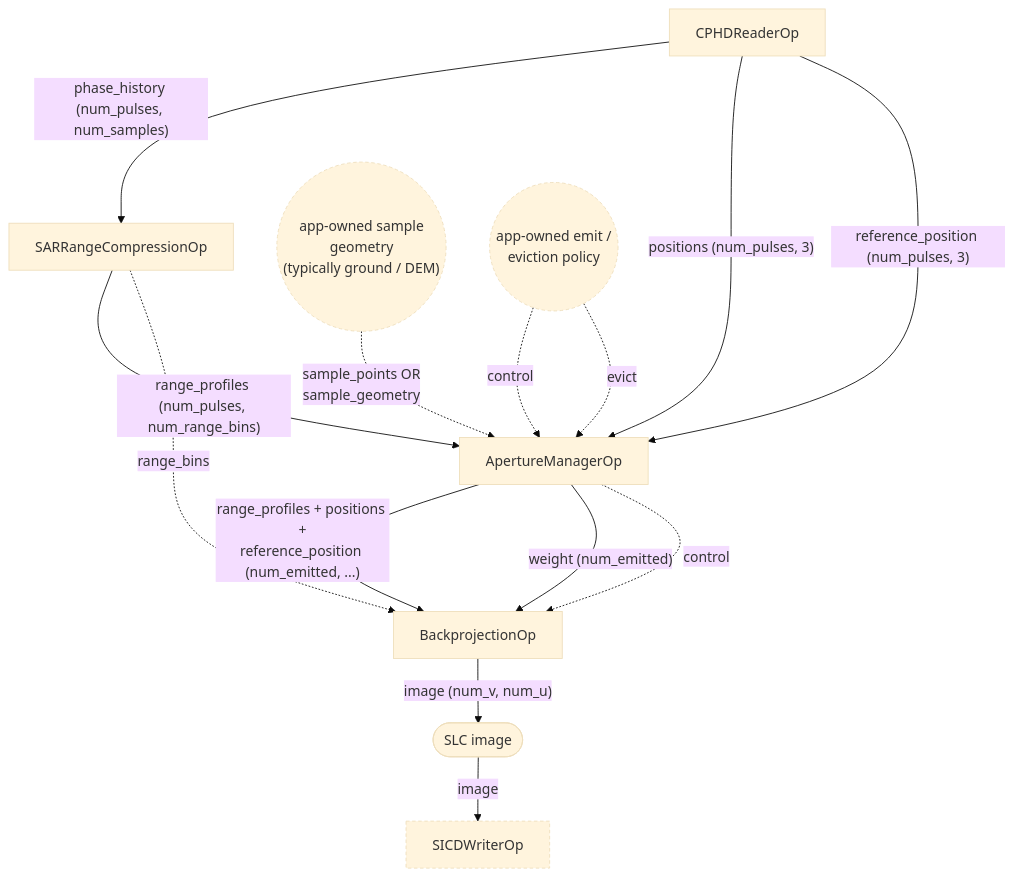
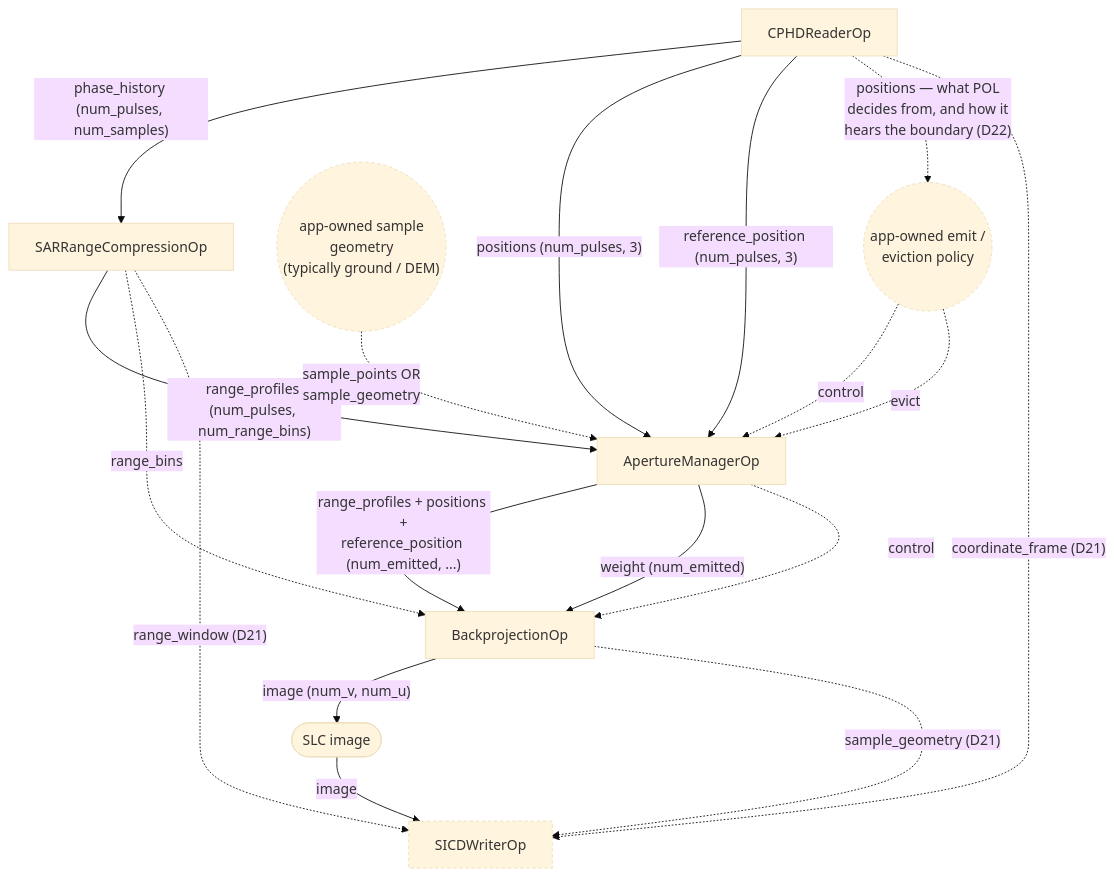
The first of 5 diagrams in docs/planning/SAR/WORKFLOWS.md (nvidia-holoscan/holoscan-radar), drawn with Mermaid (base theme) before and after one commit. The commit also changed other lines of this file and 10 other files, not shown here.

````diff
--- a/docs/planning/SAR/WORKFLOWS.md
+++ b/docs/planning/SAR/WORKFLOWS.md
@@ -314,18 +324,22 @@
 ```mermaid
 flowchart TD
   classDef opt stroke-dasharray:4 3
   READ["CPHDReaderOp"] -->|"phase_history (num_pulses, num_samples)"| RC["SARRangeCompressionOp"]
   READ -->|"positions (num_pulses, 3)"| AC["ApertureManagerOp"]
   READ -->|"reference_position (num_pulses, 3)"| AC
   RC -->|"range_profiles (num_pulses, num_range_bins)"| AC
   AC -->|"range_profiles + positions +<br>reference_position (num_emitted, ...)"| BP["BackprojectionOp"]
   AC -->|"weight (num_emitted)"| BP
   AC -.->|"control"| BP
   RC -.->|"range_bins"| BP
   GEOM(("app-owned sample<br>geometry<br>(typically ground / DEM)")) -.->|"sample_points OR<br>sample_geometry"| AC
-  POL(("app-owned emit /<br>eviction policy")) -.->|"control"| AC
+  READ -.->|"positions — what POL<br>decides from, and how it<br>hears the boundary (D22)"| POL(("app-owned emit /<br>eviction policy"))
+  POL -.->|"control"| AC
   POL -.->|"evict"| AC
   BP -->|"image (num_v, num_u)"| SLC(["SLC image"])
   SLC -->|"image"| SICD["SICDWriterOp"]
+  READ -.->|"coordinate_frame (D21)"| SICD
+  RC -.->|"range_window (D21)"| SICD
+  BP -.->|"sample_geometry (D21)"| SICD
   class GEOM,POL,SICD opt
 ```
````
